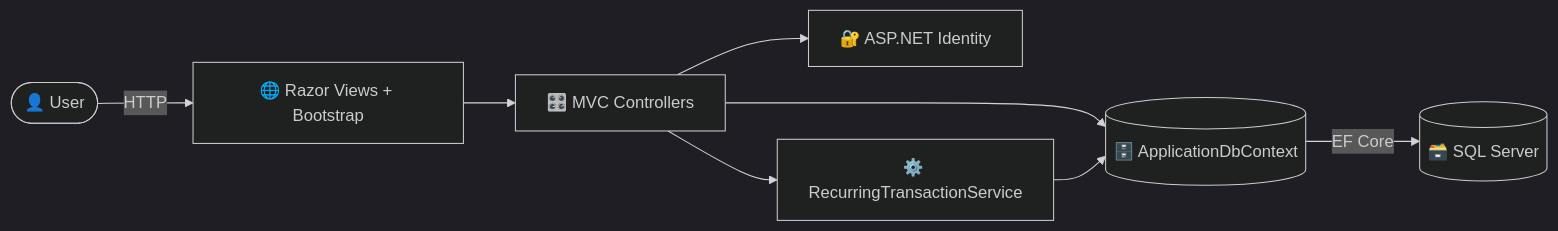
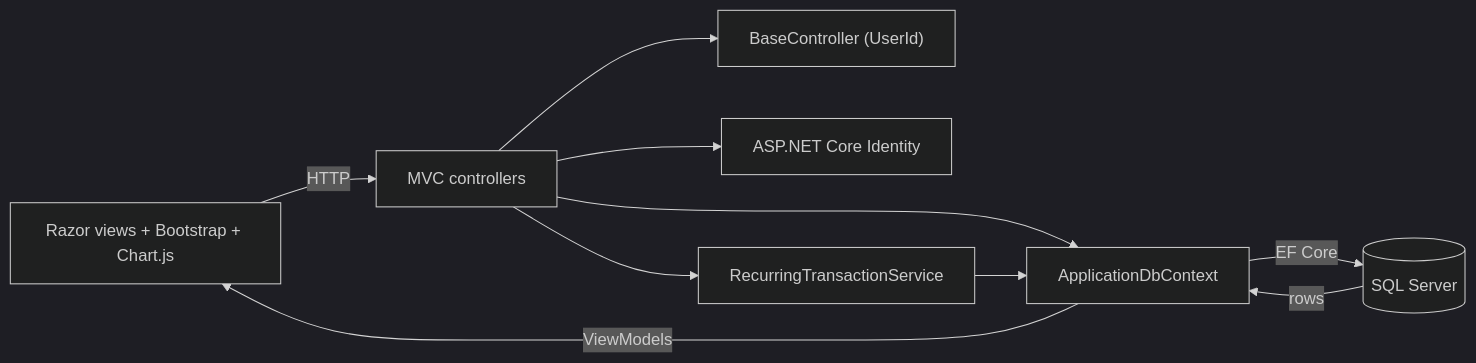
One commit to AFROZ81/Expense_Tracker changed the first of 2 diagrams in README.md. Above: the diagram before and after it, drawn with Mermaid (dark theme). The commit also changed other lines of this file and 7 other files, not shown here.

````diff
--- a/README.md
+++ b/README.md
@@ -76,10 +104,20 @@
 ```mermaid
 flowchart LR
-    User([👤 User]) -->|HTTP| Browser[🌐 Razor Views + Bootstrap]
-    Browser --> Controllers[🎛️ MVC Controllers]
-    Controllers --> Identity[🔐 ASP.NET Identity]
-    Controllers --> Services[⚙️ RecurringTransactionService]
-    Controllers --> DbContext[(🗄️ ApplicationDbContext)]
-    Services --> DbContext
-    DbContext -->|EF Core| SqlServer[(🗃️ SQL Server)]
+    Browser["Razor views + Bootstrap + Chart.js"]
+    Controllers["MVC controllers"]
+    Base["BaseController (UserId)"]
+    Identity["ASP.NET Core Identity"]
+    Service["RecurringTransactionService"]
+    Context["ApplicationDbContext"]
+    Db[("SQL Server")]
+
+    Browser -->|HTTP| Controllers
+    Controllers --> Base
+    Controllers --> Identity
+    Controllers --> Service
+    Controllers --> Context
+    Service --> Context
+    Context -->|EF Core| Db
+    Db -->|rows| Context
+    Context -->|ViewModels| Browser
 ```
````
